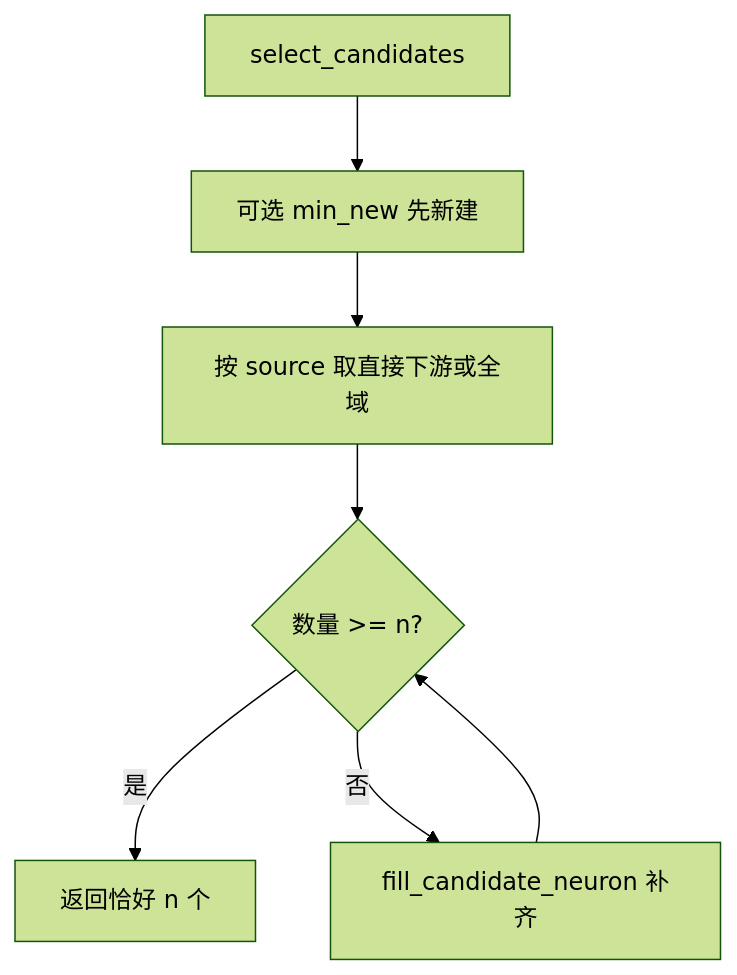
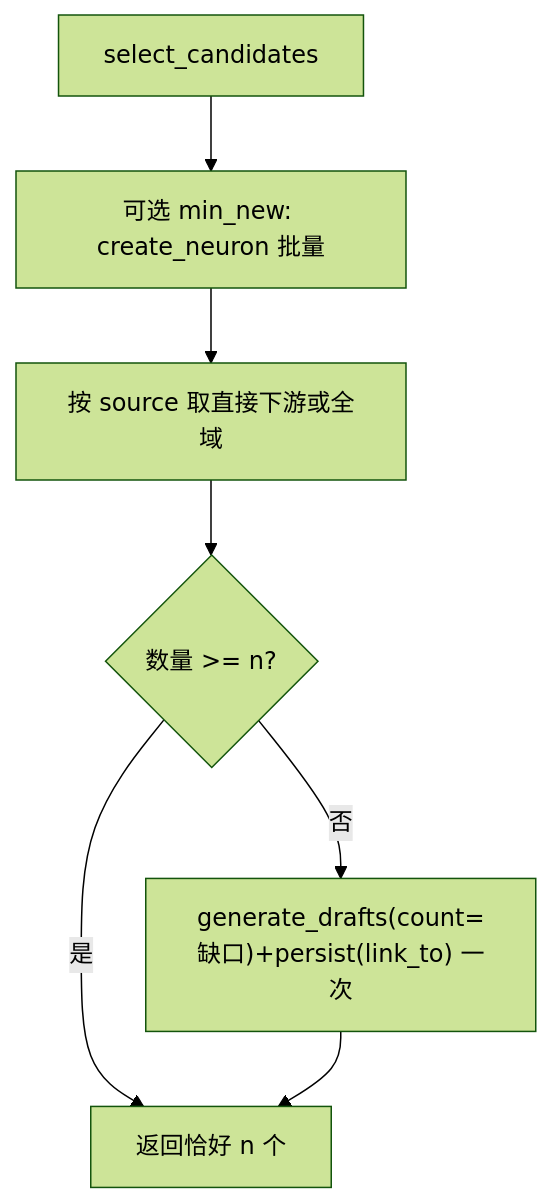
The fourth of 4 diagrams in docs/agent-app/neuron-init.md (luoanb/new-start), drawn with Mermaid (forest theme) before and after one commit. The commit also changed other lines of this file and 3 other files, not shown here.

````diff
--- a/docs/agent-app/neuron-init.md
+++ b/docs/agent-app/neuron-init.md
@@ -114,9 +112,9 @@
 ```mermaid
 flowchart TD
-  A[select_candidates] --> B[可选 min_new 先新建]
+  A[select_candidates] --> B[可选 min_new: create_neuron 批量]
   B --> C[按 source 取直接下游或全域]
   C --> D{数量 >= n?}
   D -->|是| E[返回恰好 n 个]
-  D -->|否| F[fill_candidate_neuron 补齐]
-  F --> D
+  D -->|否| F["generate_drafts(count=缺口)+persist(link_to) 一次"]
+  F --> E
 ```
````
